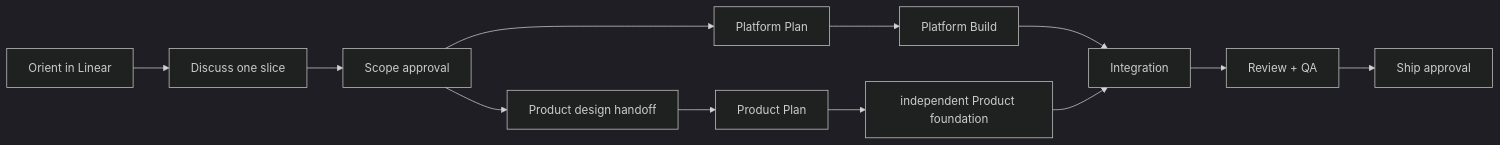
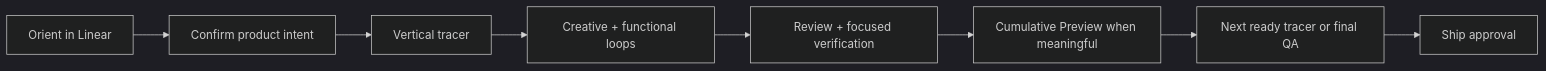
One commit to EmmanuelBaah27/taisa changed the diagram in docs/workflow.md. Above: the diagram before and after it, drawn with Mermaid (dark theme). The commit also changed other lines of this file and 6 other files, not shown here.

````diff
--- a/docs/workflow.md
+++ b/docs/workflow.md
@@ -128,14 +117,10 @@
 ```mermaid
 flowchart LR
-  O["Orient in Linear"] --> D["Discuss one slice"]
-  D --> S["Scope approval"]
-  S --> PP["Platform Plan"]
-  S --> DH["Product design handoff"]
-  DH --> PRP["Product Plan"]
-  PP --> PB["Platform Build"]
-  PRP --> PF["independent Product foundation"]
-  PB --> I["Integration"]
-  PF --> I
-  I --> R["Review + QA"]
-  R --> SH["Ship approval"]
+  O["Orient in Linear"] --> D["Confirm product intent"]
+  D --> T["Vertical tracer"]
+  T --> C["Creative + functional loops"]
+  C --> R["Review + focused verification"]
+  R --> P["Cumulative Preview when meaningful"]
+  P --> N["Next ready tracer or final QA"]
+  N --> SH["Ship approval"]
 ```
````
